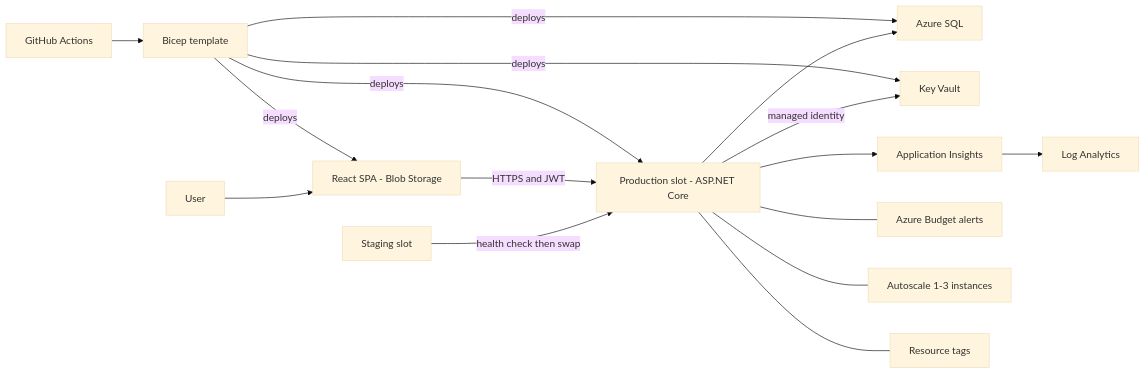
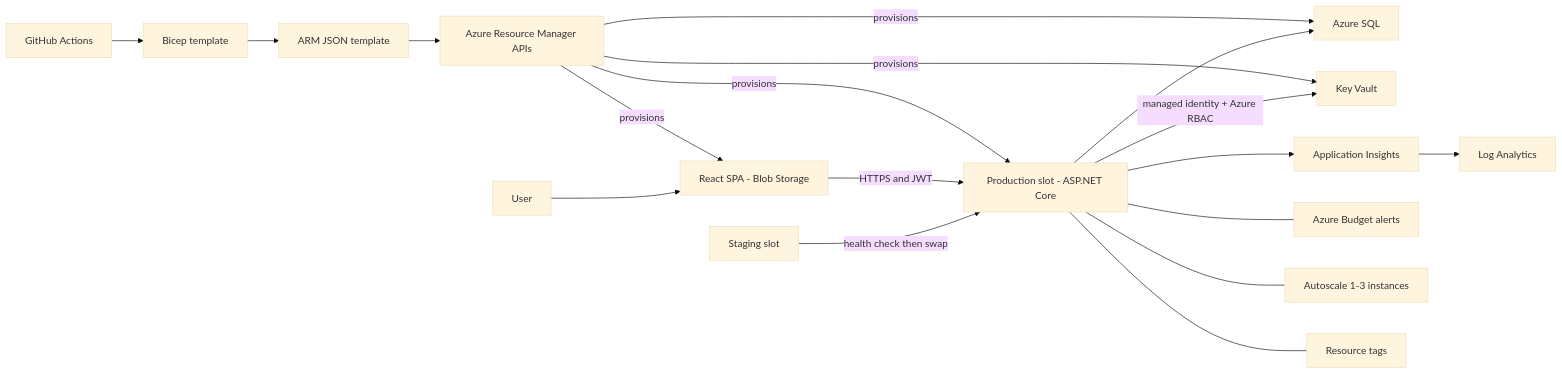
One commit to Jugcmd/CloudSec changed the second of 5 diagrams in docs/presentation-diagrams.md. Above: the diagram before and after it, drawn with Mermaid (base theme). The commit also changed other lines of this file, not shown here.

Commit message:
docs: update system architecture diagrams to include ARM JSON and ARM API, and clarify Key Vault access management

````diff
--- a/docs/presentation-diagrams.md
+++ b/docs/presentation-diagrams.md
@@ -20,34 +20,36 @@
 ```mermaid
 flowchart LR
     USER["User"]
     GH["GitHub Actions"]
     BICEP["Bicep template"]
+    ARMJSON["ARM JSON template"]
+    ARMAPI["Azure Resource Manager APIs"]
     FE["React SPA - Blob Storage"]
     STAGING["Staging slot"]
     PROD["Production slot - ASP.NET Core"]
     DB["Azure SQL"]
     KV["Key Vault"]
     AI["Application Insights"]
     LA["Log Analytics"]
     BUDGET["Azure Budget alerts"]
     SCALE["Autoscale 1-3 instances"]
     TAGS["Resource tags"]
 
-    GH --> BICEP
-    BICEP -->|"deploys"| PROD
-    BICEP -->|"deploys"| FE
-    BICEP -->|"deploys"| DB
-    BICEP -->|"deploys"| KV
+    GH --> BICEP --> ARMJSON --> ARMAPI
+    ARMAPI -->|"provisions"| PROD
+    ARMAPI -->|"provisions"| FE
+    ARMAPI -->|"provisions"| DB
+    ARMAPI -->|"provisions"| KV
 
     USER --> FE
     FE -->|"HTTPS and JWT"| PROD
     STAGING -->|"health check then swap"| PROD
     PROD --> DB
-    PROD -->|"managed identity"| KV
+    PROD -->|"managed identity + Azure RBAC"| KV
     PROD --> AI
     AI --> LA
 
     PROD --- SCALE
     PROD --- BUDGET
     PROD --- TAGS
 ```
````
